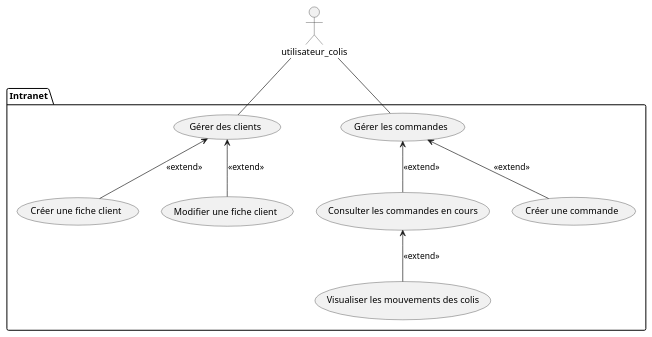
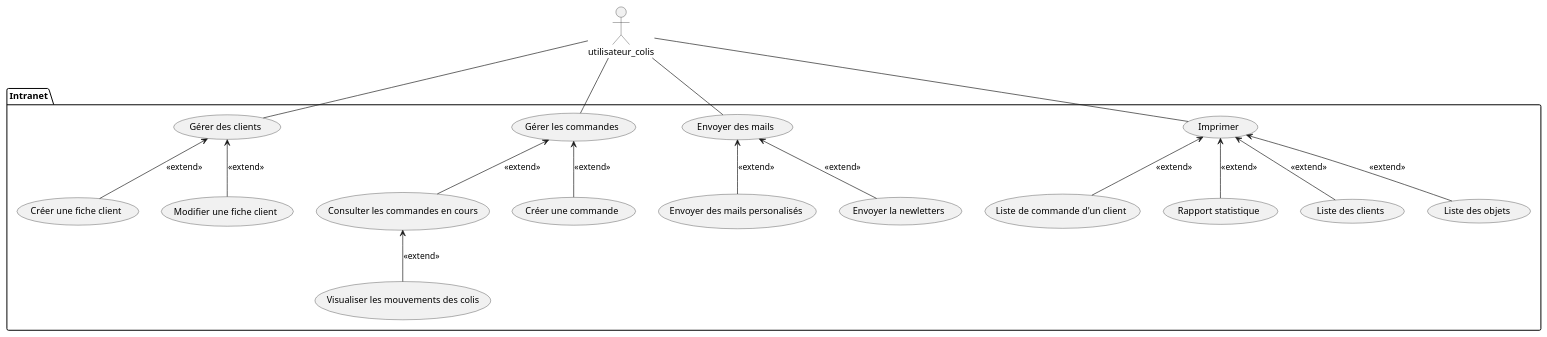
Before and after one commit to Bluwen/Conception_d_une_application_informatique: the diagram in Cas_utilisation.puml, drawn with PlantUML. The commit also changed 1 other file, not shown here.

Commit message:
Deuxième version des diagrammes

```diff
--- a/Cas_utilisation.puml
+++ b/Cas_utilisation.puml
@@ -1,26 +1,44 @@
 @startuml brouillon
 
 actor utilisateur_colis as colis
 
 package Intranet{
     usecase "Gérer des clients" as gestion_clients
     usecase "Créer une fiche client" as creation_fiche_client
     usecase "Modifier une fiche client" as modification_fiche_client
 
     usecase "Gérer les commandes" as gestion_commandes
     usecase "Consulter les commandes en cours" as commandes_en_cours
     usecase "Visualiser les mouvements des colis" as mouvement_commande
     usecase "Créer une commande" as ceration_commande
 
+    usecase "Envoyer des mails" as envoyer_mails
+    usecase "Envoyer des mails personalisés" as mails_personalises
+    usecase "Envoyer la newletters" as newletters
+
+    usecase "Imprimer" as imprimer
+    usecase "Liste des clients" as liste_client
+    usecase "Liste des objets" as liste_objet
+    usecase "Liste de commande d'un client" as liste_commande_client
+    usecase "Rapport statistique" as rapport_statistique
 }
 
 colis -- gestion_clients
 gestion_clients <-- creation_fiche_client : <<extend>>
 gestion_clients <-- modification_fiche_client : <<extend>>
 
 colis -- gestion_commandes
 gestion_commandes <-- commandes_en_cours : <<extend>>
 commandes_en_cours <-- mouvement_commande : <<extend>>
 gestion_commandes <-- ceration_commande : <<extend>>
 
+colis -- envoyer_mails
+envoyer_mails <-- mails_personalises : <<extend>>
+envoyer_mails <-- newletters : <<extend>>
+
+colis -- imprimer
+imprimer <-- liste_client : <<extend>>
+imprimer <-- liste_objet : <<extend>>
+imprimer <-- liste_commande_client : <<extend>>
+imprimer <-- rapport_statistique : <<extend>>
 @enduml
```
